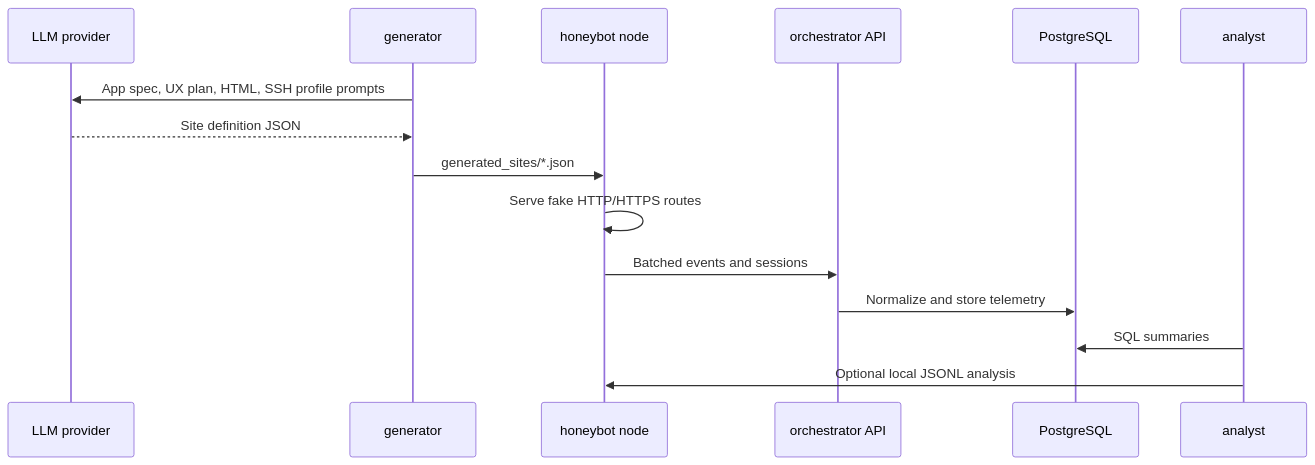
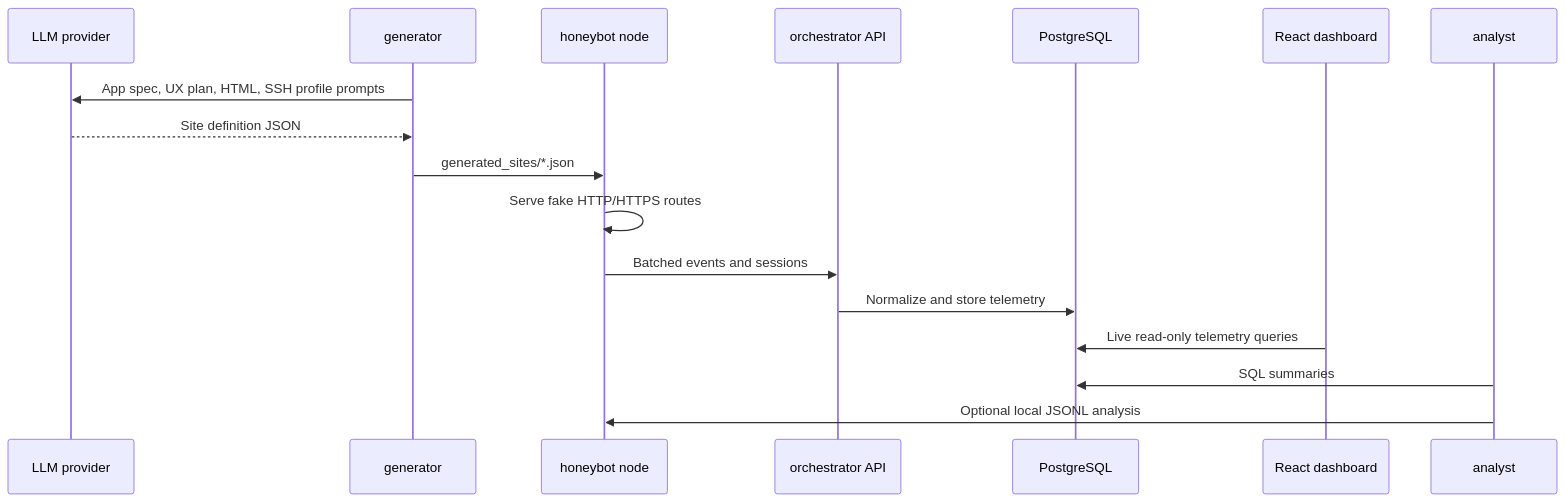
Before and after one commit to stefanDeveloper/heiLLMpot: the diagram in docs/architecture.md, drawn with Mermaid. The commit also changed other lines of this file and 30 other files, not shown here.

````diff
--- a/docs/architecture.md
+++ b/docs/architecture.md
@@ -8,18 +8,20 @@
 ```mermaid
 sequenceDiagram
     participant LLM as LLM provider
     participant Gen as generator
     participant Bot as honeybot node
     participant Api as orchestrator API
     participant Db as PostgreSQL
+    participant Ui as React dashboard
     participant Analyst as analyst
 
     Gen->>LLM: App spec, UX plan, HTML, SSH profile prompts
     LLM-->>Gen: Site definition JSON
     Gen->>Bot: generated_sites/*.json
     Bot->>Bot: Serve fake HTTP/HTTPS routes
     Bot->>Api: Batched events and sessions
     Api->>Db: Normalize and store telemetry
+    Ui->>Db: Live read-only telemetry queries
     Analyst->>Db: SQL summaries
     Analyst->>Bot: Optional local JSONL analysis
 ```
````
